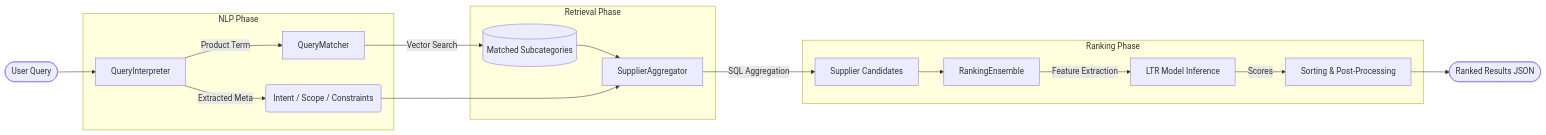
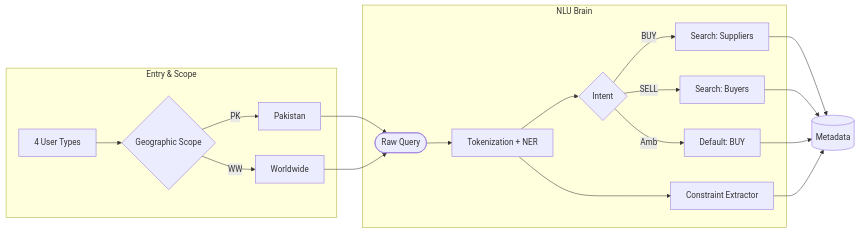
Before and after one commit to umarkashif21/ZaraiLink: the first of 6 diagrams in search.md, drawn with Mermaid. The commit also changed other lines of this file and 28 other files, not shown here.

````diff
--- a/search.md
+++ b/search.md
@@ -12,24 +15,22 @@
 ```mermaid
 graph LR
-    User([User Query]) --> Interpreter[QueryInterpreter]
+    subgraph "Entry & Scope"
+        U[4 User Types] --> Scope{Geographic Scope}
+        Scope -->|PK| PK[Pakistan]
+        Scope -->|WW| WW[Worldwide]
+    end
+
+    PK & WW --> Input([Raw Query])
     
-    subgraph "NLP Phase"
-        Interpreter -->|Extracted Meta| Intent(Intent / Scope / Constraints)
-        Interpreter -->|Product Term| Matcher[QueryMatcher]
+    subgraph "NLU Brain"
+        Input --> Tok[Tokenization + NER]
+        Tok --> Intent{Intent}
+        Intent -->|BUY| Buy[Search: Suppliers]
+        Intent -->|SELL| Sell[Search: Buyers]
+        Intent -->|Amb| Def[Default: BUY]
+        
+        Tok --> Ext[Constraint Extractor]
     end
-    
-    subgraph "Retrieval Phase"
-        Matcher -->|Vector Search| Subcats[(Matched Subcategories)]
-        Subcats --> Aggregator[SupplierAggregator]
-        Intent --> Aggregator
-    end
-    
-    subgraph "Ranking Phase"
-        Aggregator -->|SQL Aggregation| Candidates[Supplier Candidates]
-        Candidates --> Ranker[RankingEnsemble]
-        Ranker -->|Feature Extraction| Inference[LTR Model Inference]
-        Inference -->|Scores| Sorting[Sorting & Post-Processing]
-    end
-    
-    Sorting --> Results([Ranked Results JSON])
+
+    Buy & Sell & Def & Ext --> Meta[(Metadata)]
 ```
````
